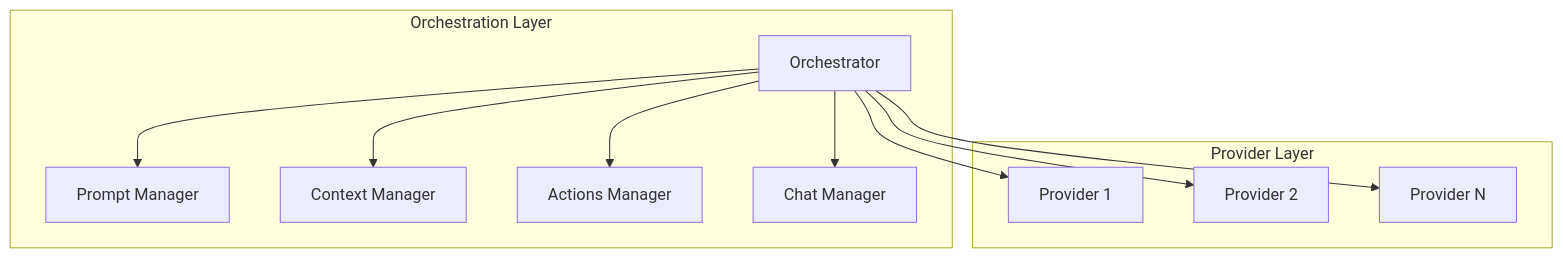
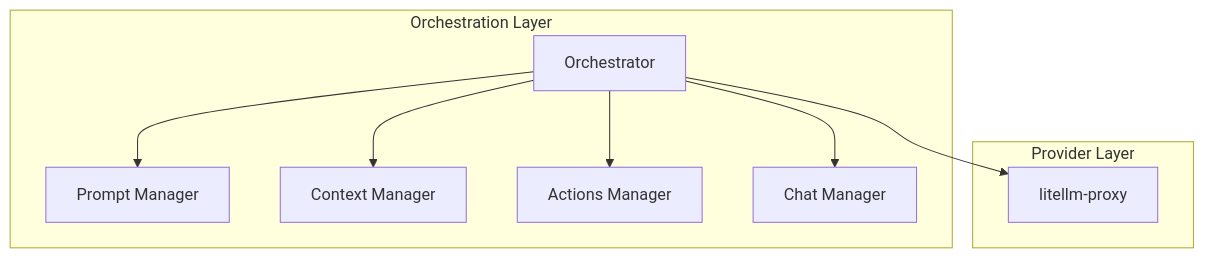
The diagram in packages/llm-integration/README.md (mrsimpson/piddie), drawn with Mermaid before and after one commit. The commit also changed other lines of this file and 27 other files, not shown here.

````diff
--- a/packages/llm-integration/README.md
+++ b/packages/llm-integration/README.md
@@ -8,15 +41,13 @@
 ```mermaid
 graph TD
     subgraph Orchestration Layer
         O[Orchestrator] --> PM[Prompt Manager]
         O --> CM[Context Manager]
         O --> AM[Actions Manager]
         O --> CH[Chat Manager]
     end
-    
+
     subgraph Provider Layer
-        O --> P1[Provider 1]
-        O --> P2[Provider 2]
-        O --> P3[Provider N]
+        O --> P[litellm-proxy]
     end
 ```
````
